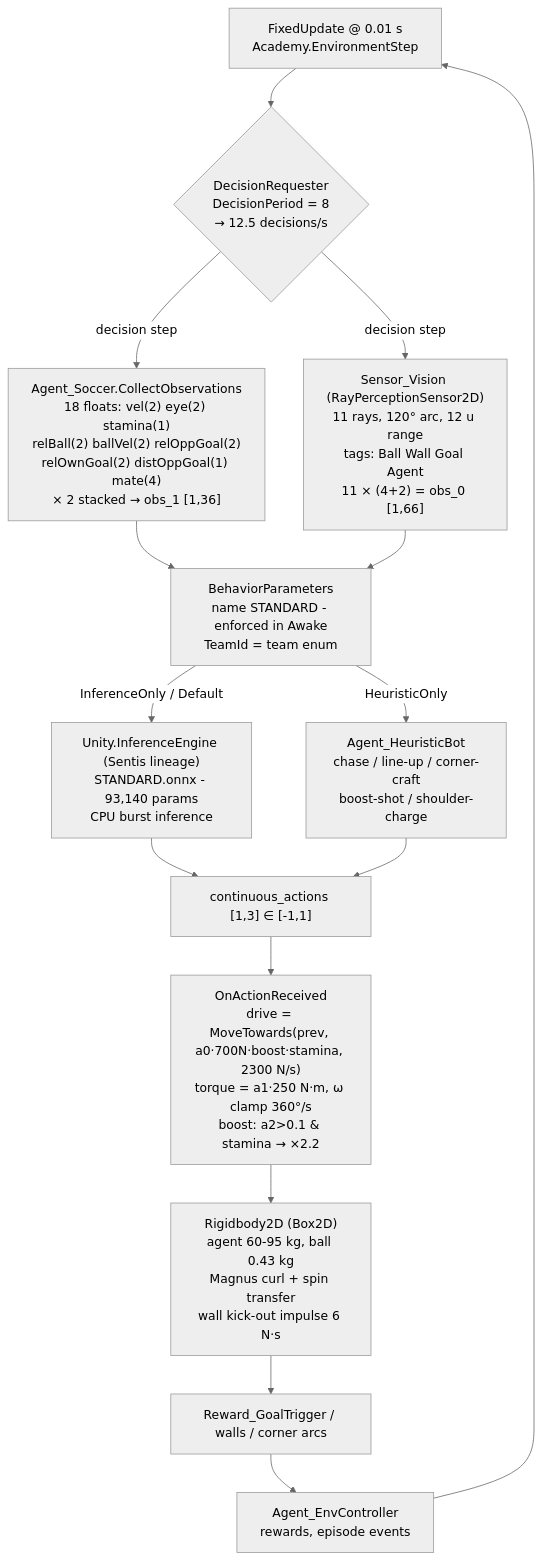
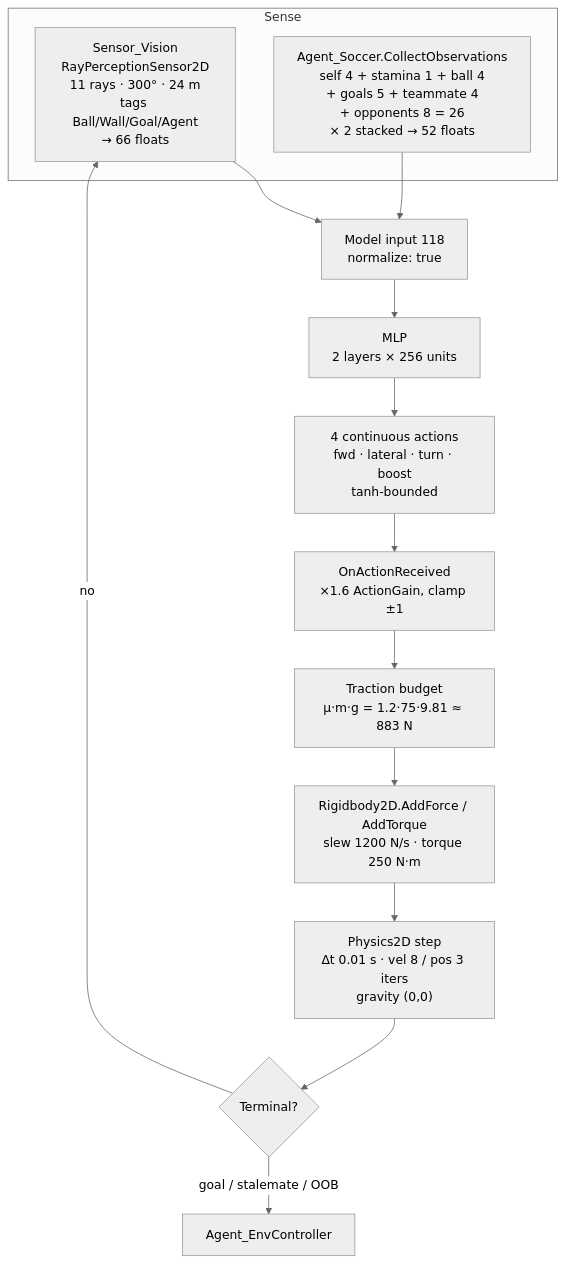
One commit to punkouter26/PoSoccer changed the second of 12 diagrams in docs/architecture.md. Above: the diagram before and after it, drawn with Mermaid (neutral theme). The commit also changed other lines of this file and 20 other files, not shown here.

First line of the commit message:
UNITY_DOCS: wipe docs/ and regenerate the diagram + report suite

````diff
--- a/docs/architecture.md
+++ b/docs/architecture.md
@@ -27,17 +38,18 @@
 ```mermaid
 flowchart TD
-    FU[FixedUpdate @ 0.01 s\nAcademy.EnvironmentStep] --> DR{DecisionRequester\nDecisionPeriod = 8\n→ 12.5 decisions/s}
-    DR -->|decision step| CO["Agent_Soccer.CollectObservations\n18 floats: vel(2) eye(2) stamina(1)\nrelBall(2) ballVel(2) relOppGoal(2)\nrelOwnGoal(2) distOppGoal(1) mate(4)\n× 2 stacked → obs_1 [1,36]"]
-    DR -->|decision step| SV["Sensor_Vision (RayPerceptionSensor2D)\n11 rays, 120° arc, 12 u range\ntags: Ball Wall Goal Agent\n11 × (4+2) = obs_0 [1,66]"]
-    CO --> BP[BehaviorParameters\nname STANDARD - enforced in Awake\nTeamId = team enum]
-    SV --> BP
-    BP -->|InferenceOnly / Default| IE["Unity.InferenceEngine (Sentis lineage)\nSTANDARD.onnx - 93,140 params\nCPU burst inference"]
-    BP -->|HeuristicOnly| HB[Agent_HeuristicBot\nchase / line-up / corner-craft\nboost-shot / shoulder-charge]
-    IE --> AB["continuous_actions [1,3] ∈ [-1,1]"]
-    HB --> AB
-    AB --> OAR["OnActionReceived\ndrive = MoveTowards(prev, a0·700N·boost·stamina, 2300 N/s)\ntorque = a1·250 N·m, ω clamp 360°/s\nboost: a2>0.1 & stamina → ×2.2"]
-    OAR --> B2D["Rigidbody2D (Box2D)\nagent 60-95 kg, ball 0.43 kg\nMagnus curl + spin transfer\nwall kick-out impulse 6 N·s"]
-    B2D --> EV[Reward_GoalTrigger / walls / corner arcs]
-    EV --> ENVC[Agent_EnvController\nrewards, episode events]
-    ENVC --> FU
+    subgraph Sense
+      A1["Sensor_Vision<br/>RayPerceptionSensor2D<br/>11 rays · 300° · 24 m<br/>tags Ball/Wall/Goal/Agent<br/>→ 66 floats"]
+      A2["Agent_Soccer.CollectObservations<br/>self 4 + stamina 1 + ball 4<br/>+ goals 5 + teammate 4<br/>+ opponents 8 = 26<br/>× 2 stacked → 52 floats"]
+    end
+    A1 --> M
+    A2 --> M
+    M["Model input 118<br/>normalize: true"] --> N["MLP<br/>2 layers × 256 units"]
+    N --> O["4 continuous actions<br/>fwd · lateral · turn · boost<br/>tanh-bounded"]
+    O --> P["OnActionReceived<br/>×1.6 ActionGain, clamp ±1"]
+    P --> Q["Traction budget<br/>μ·m·g = 1.2·75·9.81 ≈ 883 N"]
+    Q --> R["Rigidbody2D.AddForce / AddTorque<br/>slew 1200 N/s · torque 250 N·m"]
+    R --> S["Physics2D step<br/>Δt 0.01 s · vel 8 / pos 3 iters<br/>gravity (0,0)"]
+    S --> T{Terminal?}
+    T -- goal / stalemate / OOB --> U[Agent_EnvController]
+    T -- no --> A1
 ```
````
